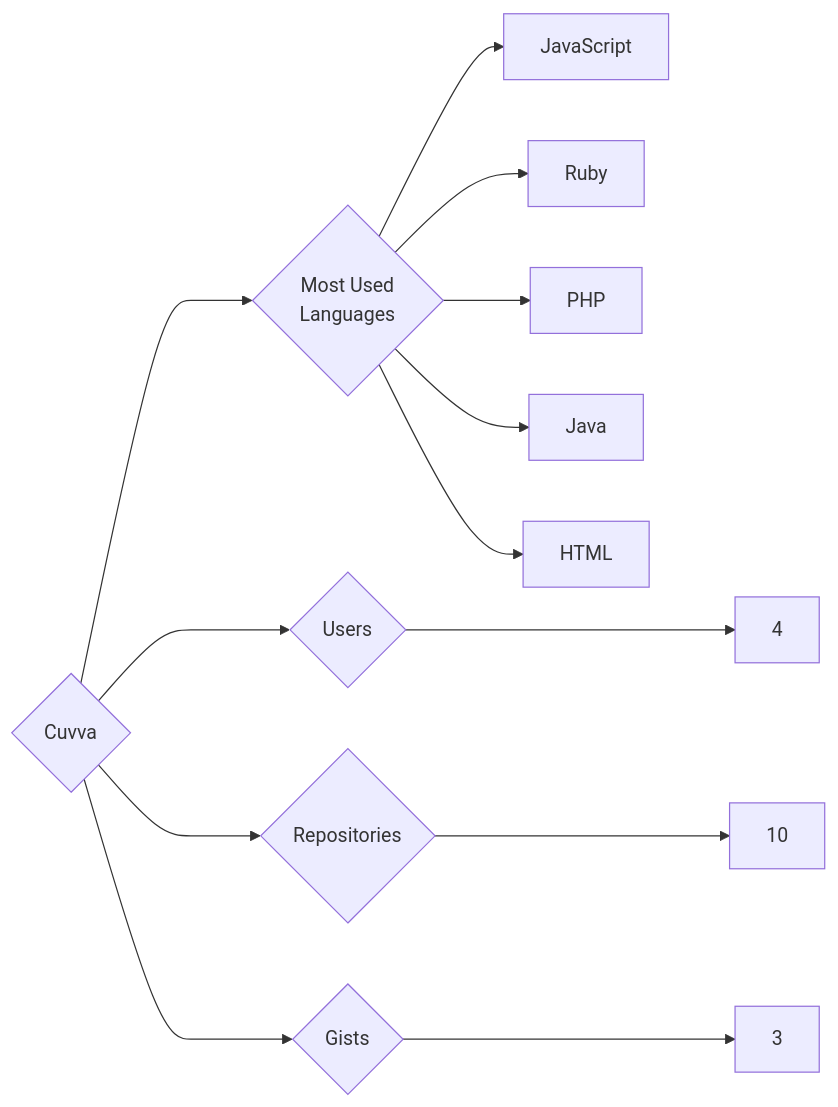
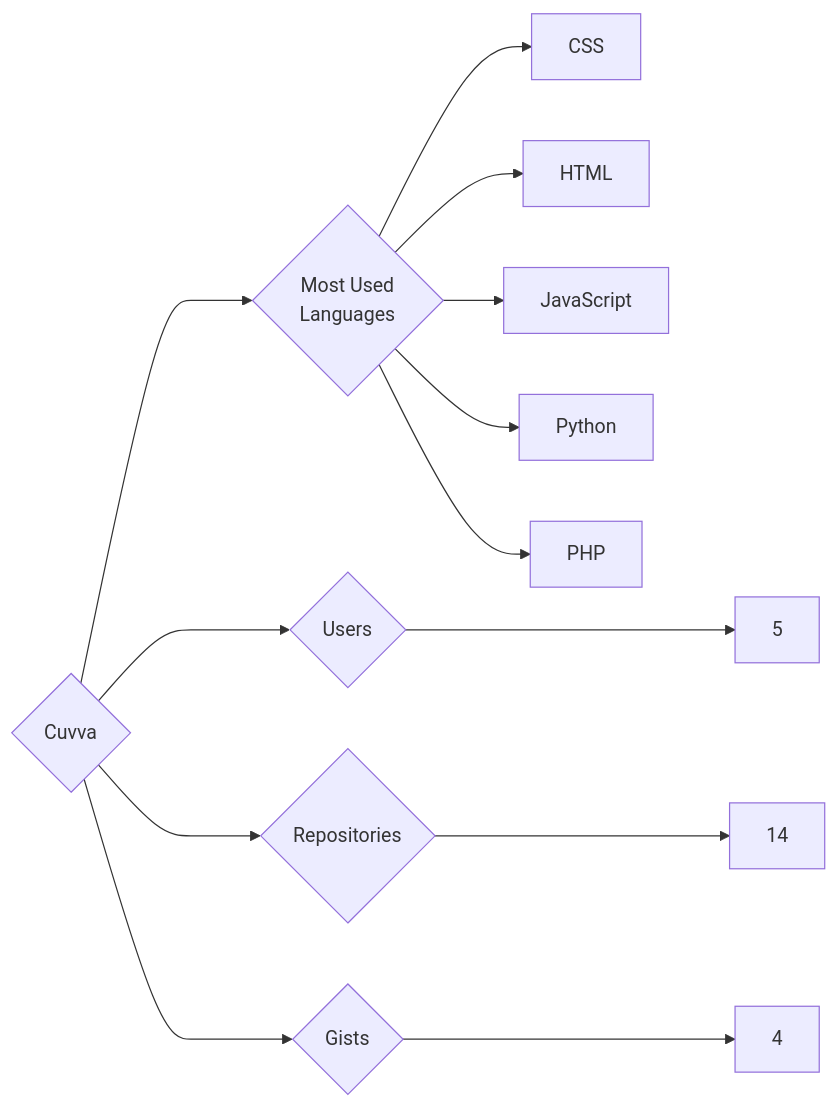
Before and after one commit to trickest/insiders: the diagram in targets/Cuvva/README.md, drawn with Mermaid. The commit also changed 880 other files, not shown here.

````diff
--- a/targets/Cuvva/README.md
+++ b/targets/Cuvva/README.md
@@ -3,13 +3,13 @@
 ```mermaid
 graph LR
 COMPANY_NAME{Cuvva}
-COMPANY_NAME ---> U{Users} ---> UN[4]
-COMPANY_NAME ---> R{Repositories} ---> RN[10]
-COMPANY_NAME ---> G{Gists} ---> GN[3]
+COMPANY_NAME ---> U{Users} ---> UN[5]
+COMPANY_NAME ---> R{Repositories} ---> RN[14]
+COMPANY_NAME ---> G{Gists} ---> GN[4]
 COMPANY_NAME ---> ML{Most Used<br>Languages}
+ML --> CSS[CSS]
+ML --> HTML[HTML]
 ML --> JavaScript[JavaScript]
-ML --> Ruby[Ruby]
+ML --> Python[Python]
 ML --> PHP[PHP]
-ML --> Java[Java]
-ML --> HTML[HTML]
 ```
````
